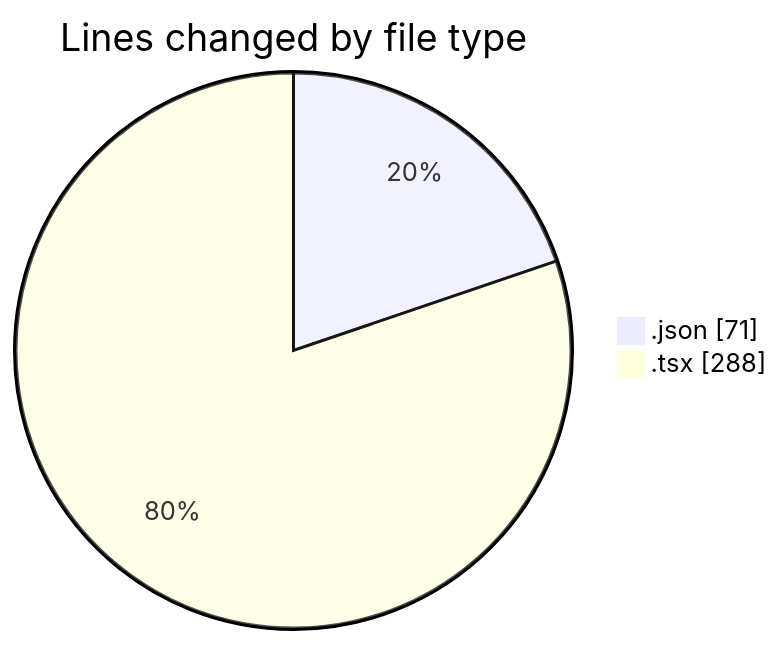
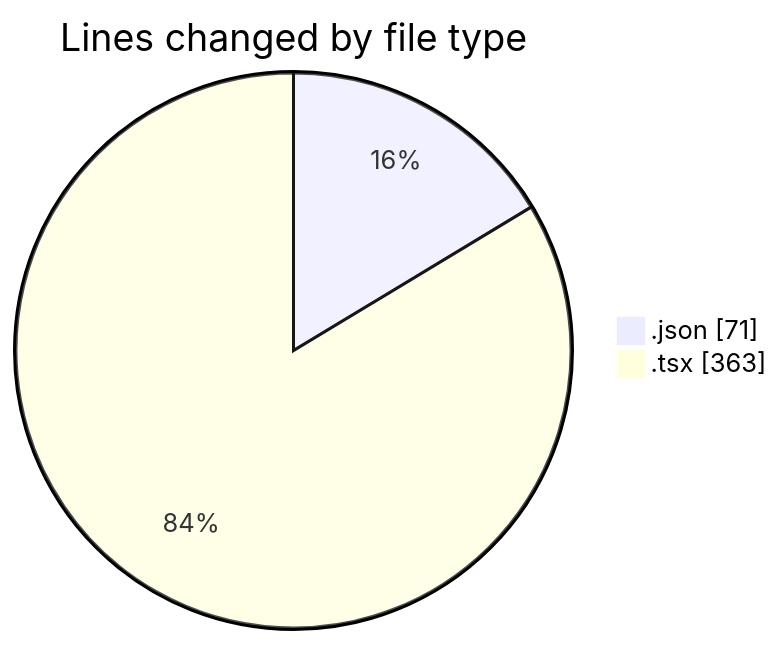
The first of 2 diagrams in 2026-01-14/cda/README.md (momahboobian/code-tracking), drawn with Mermaid before and after one commit. The commit also changed other lines of this file and 1 other file, not shown here.

````diff
--- a/2026-01-14/cda/README.md
+++ b/2026-01-14/cda/README.md
@@ -22,6 +23,6 @@
 ```mermaid
 pie showData
 title Lines changed by file type
 ".json" : 71
-".tsx" : 288
+".tsx" : 363
 ```
````
